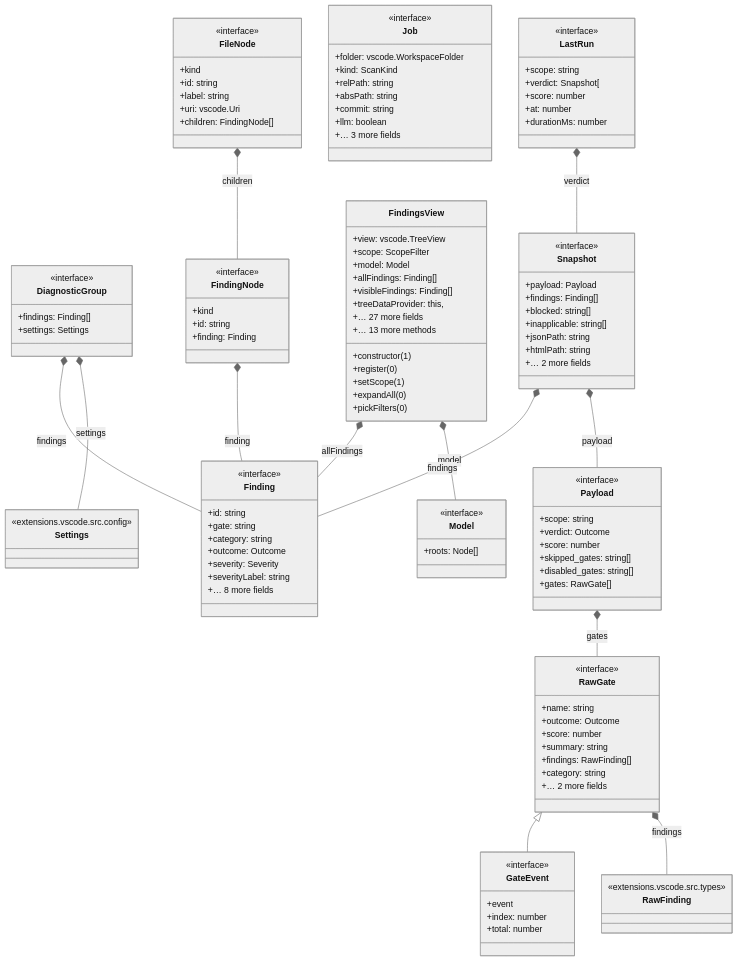
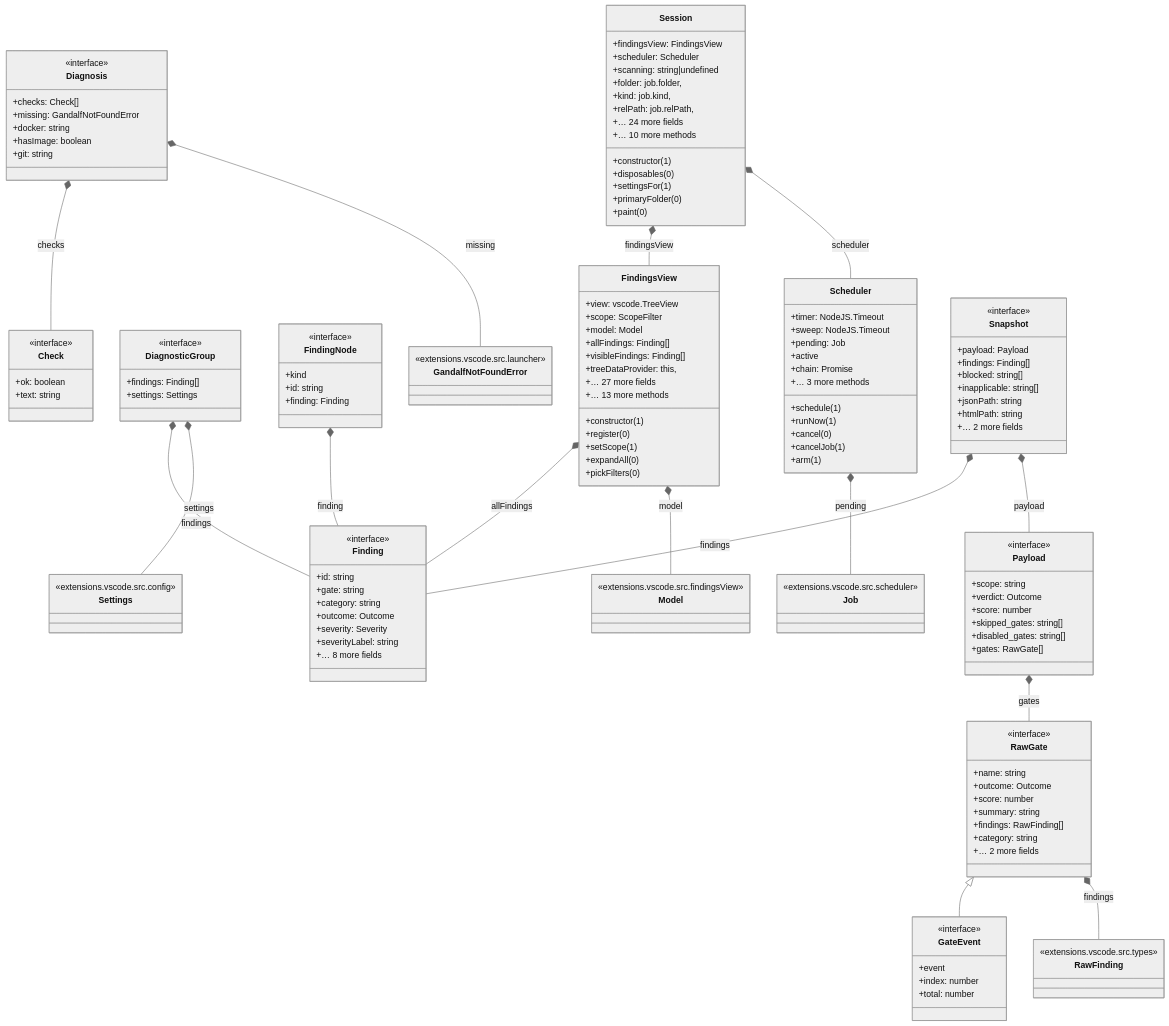
The third of 3 diagrams in ARCHITECTURE.md (fabiocicerchia/gandalf), drawn with Mermaid (neutral theme) before and after one commit. The commit also changed other lines of this file and 4 other files, not shown here.

````diff
--- a/ARCHITECTURE.md
+++ b/ARCHITECTURE.md
@@ -591,17 +574,22 @@
 ```mermaid
 classDiagram
+  class Check {
+    <<interface>>
+    +ok: boolean
+    +text: string
+  }
+  class Diagnosis {
+    <<interface>>
+    +checks: Check[]
+    +missing: GandalfNotFoundError
+    +docker: string
+    +hasImage: boolean
+    +git: string
+  }
   class DiagnosticGroup {
     <<interface>>
     +findings: Finding[]
     +settings: Settings
-  }
-  class FileNode {
-    <<interface>>
-    +kind
-    +id: string
-    +label: string
-    +uri: vscode.Uri
-    +children: FindingNode[]
   }
   class Finding {
     <<interface>>
@@ -634,6 +622,9 @@
     +pickFilters(0)
     +… 13 more methods
   }
+  class GandalfNotFoundError {
+    <<extensions.vscode.src.launcher>>
+  }
   class GateEvent {
     <<interface>>
     +event
@@ -641,26 +632,10 @@
     +total: number
   }
   class Job {
-    <<interface>>
-    +folder: vscode.WorkspaceFolder
-    +kind: ScanKind
-    +relPath: string
-    +absPath: string
-    +commit: string
-    +llm: boolean
-    +… 3 more fields
-  }
-  class LastRun {
-    <<interface>>
-    +scope: string
-    +verdict: Snapshot[
-    +score: number
-    +at: number
-    +durationMs: number
+    <<extensions.vscode.src.scheduler>>
   }
   class Model {
-    <<interface>>
-    +roots: Node[]
+    <<extensions.vscode.src.findingsView>>
   }
   class Payload {
     <<interface>>
@@ -684,6 +659,34 @@
     +category: string
     +… 2 more fields
   }
+  class Scheduler {
+    +timer: NodeJS.Timeout
+    +sweep: NodeJS.Timeout
+    +pending: Job
+    +active
+    +chain: Promise<void>
+    +schedule(1)
+    +runNow(1)
+    +cancel(0)
+    +cancelJob(1)
+    +arm(1)
+    +… 3 more methods
+  }
+  class Session {
+    +findingsView: FindingsView
+    +scheduler: Scheduler
+    +scanning: string|undefined
+    +folder: job.folder,
+    +kind: job.kind,
+    +relPath: job.relPath,
+    +… 24 more fields
+    +constructor(1)
+    +disposables(0)
+    +settingsFor(1)
+    +primaryFolder(0)
+    +paint(0)
+    +… 10 more methods
+  }
   class Settings {
     <<extensions.vscode.src.config>>
   }
@@ -698,15 +701,18 @@
     +… 2 more fields
   }
   RawGate <|-- GateEvent
+  Diagnosis *-- Check : checks
+  Diagnosis *-- GandalfNotFoundError : missing
   DiagnosticGroup *-- Finding : findings
   DiagnosticGroup *-- Settings : settings
-  FileNode *-- FindingNode : children
   FindingNode *-- Finding : finding
   FindingsView *-- Finding : allFindings
   FindingsView *-- Model : model
-  LastRun *-- Snapshot : verdict
   Payload *-- RawGate : gates
   RawGate *-- RawFinding : findings
+  Scheduler *-- Job : pending
+  Session *-- FindingsView : findingsView
+  Session *-- Scheduler : scheduler
   Snapshot *-- Finding : findings
   Snapshot *-- Payload : payload
 ```
````
